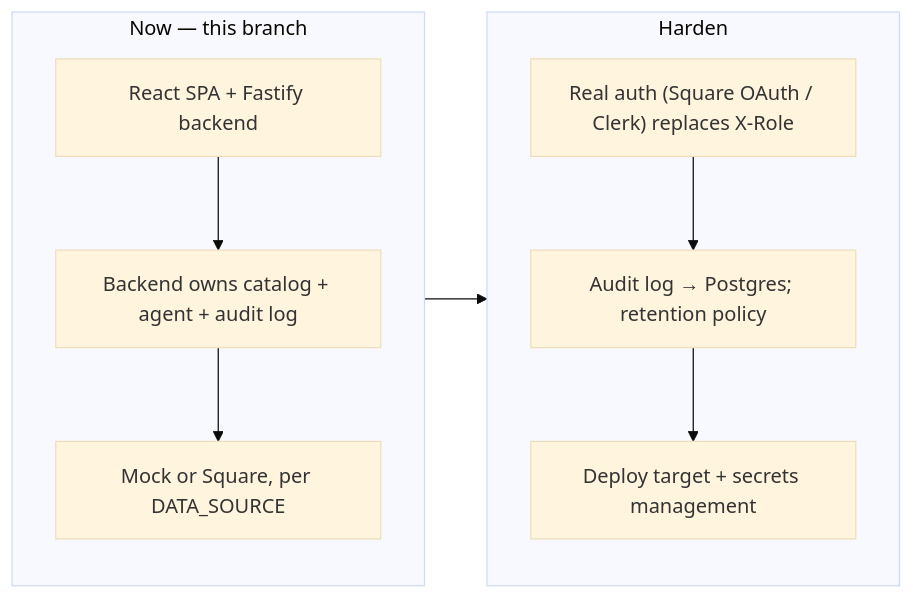
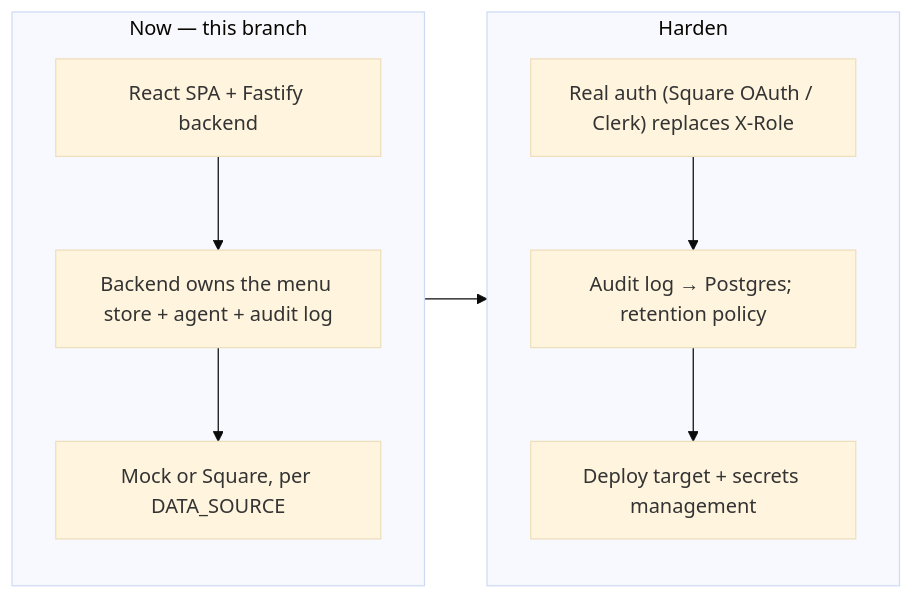
One commit to daniel-citrus/CapheVietPOS changed the fifth of 5 diagrams in ARCHITECTURE.md. Above: the diagram before and after it, drawn with Mermaid (base theme). The commit also changed other lines of this file and 49 other files, not shown here.

````diff
--- a/ARCHITECTURE.md
+++ b/ARCHITECTURE.md
@@ -351,18 +360,18 @@
 ```mermaid
 flowchart LR
   subgraph NOW["Now — this branch"]
     direction TB
     N1["React SPA + Fastify backend"]
-    N2["Backend owns catalog + agent + audit log"]
+    N2["Backend owns the menu store + agent + audit log"]
     N3["Mock or Square, per DATA_SOURCE"]
     N1 --> N2 --> N3
   end
   subgraph NEXT["Harden"]
     direction TB
     X1["Real auth (Square OAuth / Clerk) replaces X-Role"]
     X2["Audit log → Postgres; retention policy"]
     X3["Deploy target + secrets management"]
     X1 --> X2 --> X3
   end
   NOW --> NEXT
 ```
````
